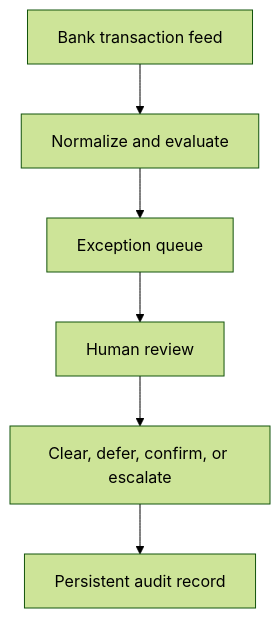
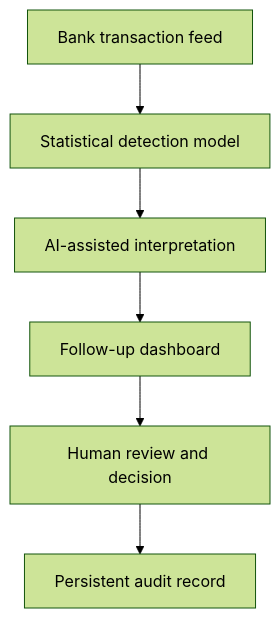
One commit to garcial11/finance-ai-transformation changed the diagram in case-studies/transaction-fraud-monitoring.md. Above: the diagram before and after it, drawn with Mermaid (forest theme). The commit also changed other lines of this file, not shown here.

Commit message:
Clarify statistical detection, AI interpretation, and follow-up dashboard

````diff
--- a/case-studies/transaction-fraud-monitoring.md
+++ b/case-studies/transaction-fraud-monitoring.md
@@ -13,8 +13,8 @@
 ```mermaid
 flowchart TD
-    A[Bank transaction feed] --> B[Normalize and evaluate]
-    B --> C[Exception queue]
-    C --> D[Human review]
-    D --> E[Clear, defer, confirm, or escalate]
+    A[Bank transaction feed] --> B[Statistical detection model]
+    B --> C[AI-assisted interpretation]
+    C --> D[Follow-up dashboard]
+    D --> E[Human review and decision]
     E --> F[Persistent audit record]
 ```
````
